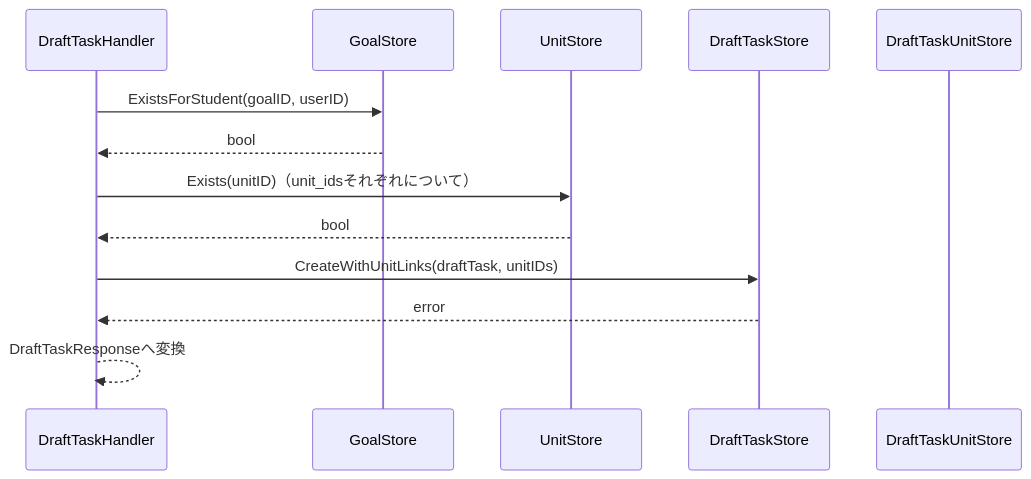
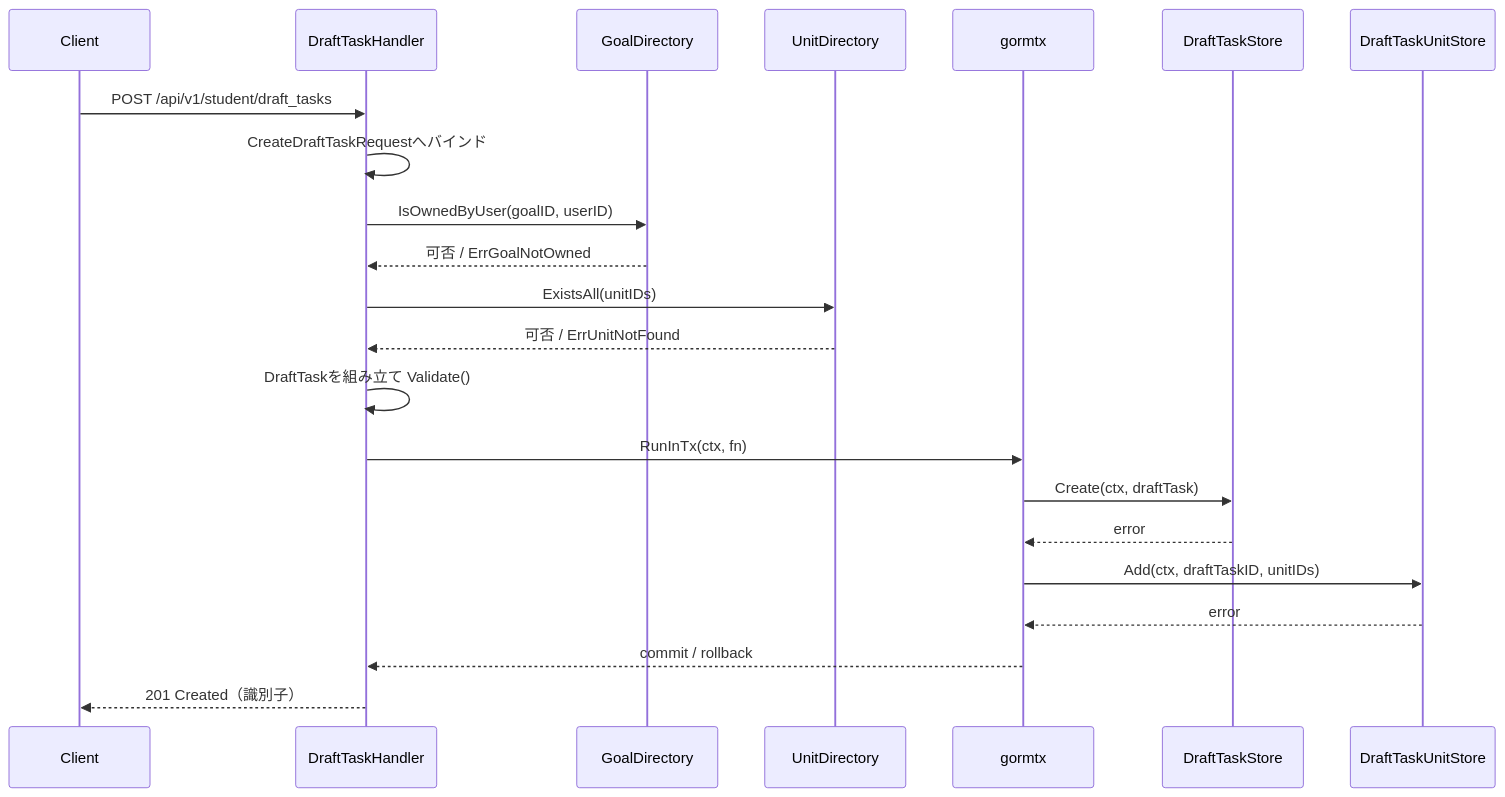
Before and after one commit to yuta20253/edu-platform-go-design: the second of 5 diagrams in 計画書/Go実装仕様書/タスク下書き機能_Go実装仕様書.md, drawn with Mermaid. The commit also changed other lines of this file, not shown here.

````diff
--- a/計画書/Go実装仕様書/タスク下書き機能_Go実装仕様書.md
+++ b/計画書/Go実装仕様書/タスク下書き機能_Go実装仕様書.md
@@ -307,16 +348,25 @@
 ```mermaid
 sequenceDiagram
+    participant C as Client
     participant H as DraftTaskHandler
-    participant GS as GoalStore
-    participant US as UnitStore
-    participant DTS as DraftTaskStore
-    participant DTUS as DraftTaskUnitStore
+    participant GD as GoalDirectory
+    participant UD as UnitDirectory
+    participant TX as gormtx
+    participant DS as DraftTaskStore
+    participant DUS as DraftTaskUnitStore
 
-    H->>GS: ExistsForStudent(goalID, userID)
-    GS-->>H: bool
-    H->>US: Exists(unitID)（unit_idsそれぞれについて）
-    US-->>H: bool
-    H->>DTS: CreateWithUnitLinks(draftTask, unitIDs)
-    DTS-->>H: error
-    H-->>H: DraftTaskResponseへ変換
+    C->>H: POST /api/v1/student/draft_tasks
+    H->>H: CreateDraftTaskRequestへバインド
+    H->>GD: IsOwnedByUser(goalID, userID)
+    GD-->>H: 可否 / ErrGoalNotOwned
+    H->>UD: ExistsAll(unitIDs)
+    UD-->>H: 可否 / ErrUnitNotFound
+    H->>H: DraftTaskを組み立て Validate()
+    H->>TX: RunInTx(ctx, fn)
+    TX->>DS: Create(ctx, draftTask)
+    DS-->>TX: error
+    TX->>DUS: Add(ctx, draftTaskID, unitIDs)
+    DUS-->>TX: error
+    TX-->>H: commit / rollback
+    H-->>C: 201 Created（識別子）
 ```
````
